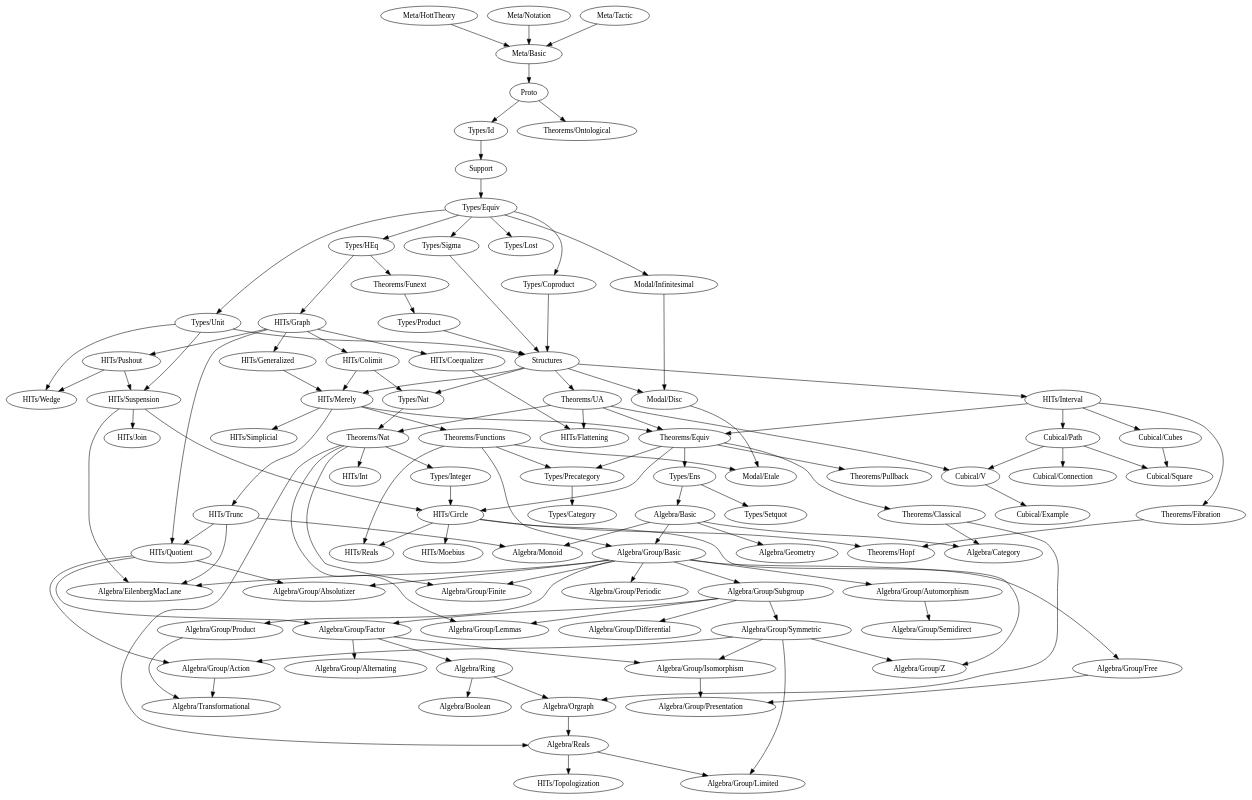
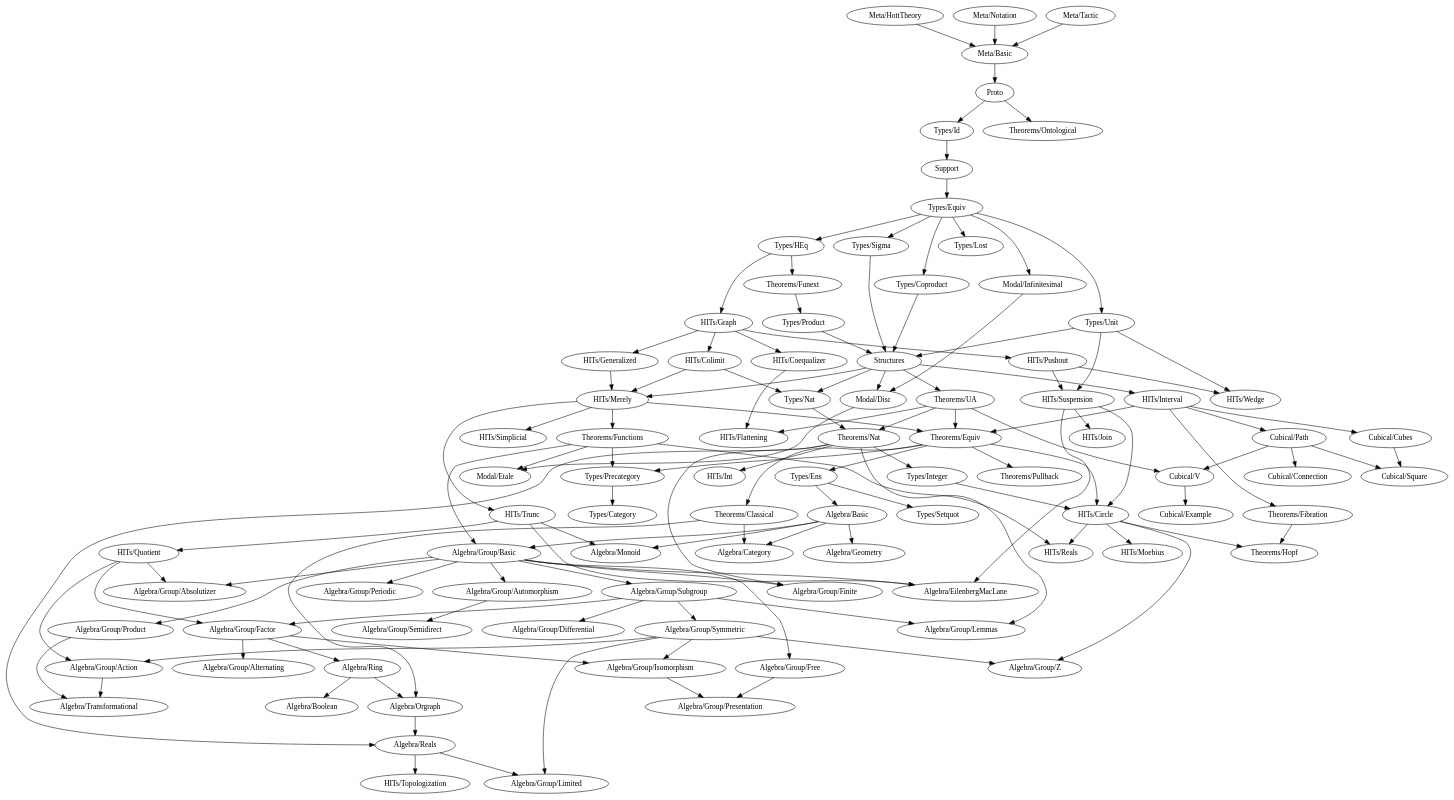
The diagram in dependency-map.gv (forked-from-1kasper/ground_zero), drawn with Graphviz before and after one commit. The commit also changed 3 other files, not shown here.

```diff
--- a/dependency-map.gv
+++ b/dependency-map.gv
@@ -113,8 +113,7 @@
       "HITs/Coequalizer",
       "HITs/Colimit",
       "HITs/Generalized",
-      "HITs/Pushout",
-      "HITs/Quotient"
+      "HITs/Pushout"
     }
     "HITs/Interval" -> {
       "Cubical/Cubes",
```
